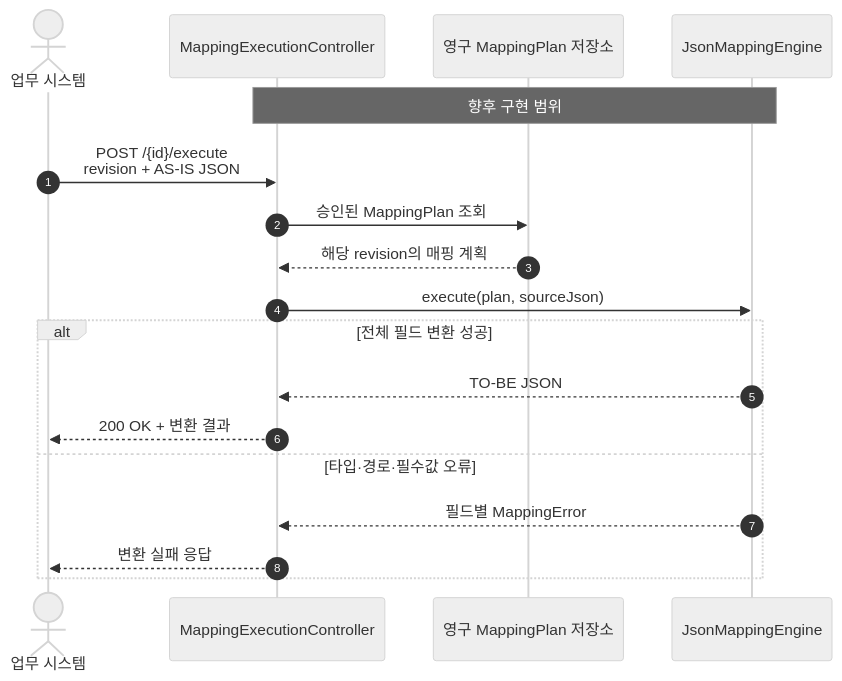
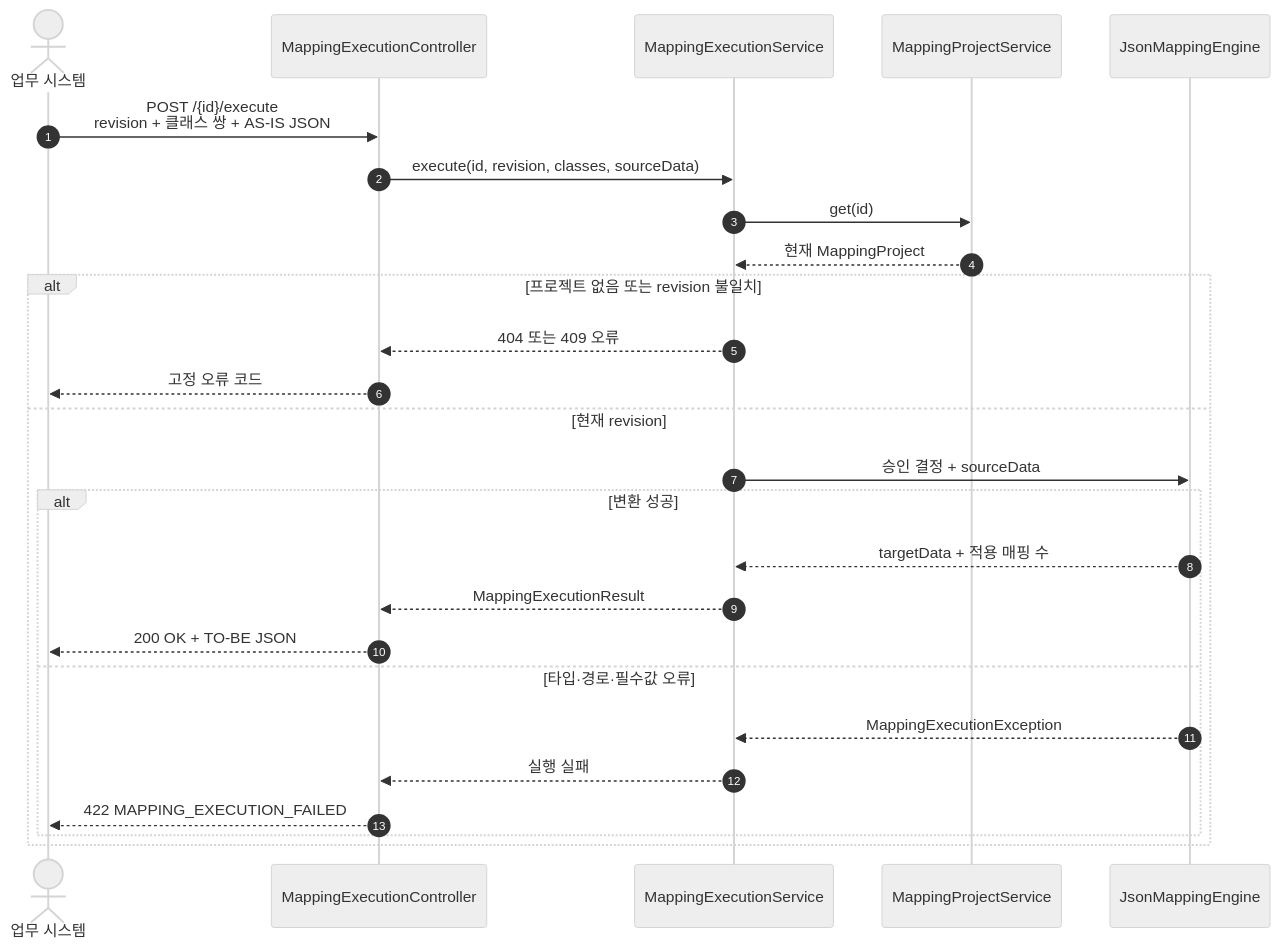
One commit to solbin23/autoMapping changed the fifth of 5 diagrams in docs/architecture/mapping-sequence.md. Above: the diagram before and after it, drawn with Mermaid (neutral theme). The commit also changed other lines of this file and 7 other files, not shown here.

````diff
--- a/docs/architecture/mapping-sequence.md
+++ b/docs/architecture/mapping-sequence.md
@@ -229,22 +229,30 @@
 ```mermaid
 sequenceDiagram
     autonumber
     actor Client as 업무 시스템
     participant API as MappingExecutionController
-    participant Store as 영구 MappingPlan 저장소
+    participant Service as MappingExecutionService
+    participant Store as MappingProjectService
     participant Engine as JsonMappingEngine
 
-    Note over API,Engine: 향후 구현 범위
-    Client->>API: POST /{id}/execute<br/>revision + AS-IS JSON
-    API->>Store: 승인된 MappingPlan 조회
-    Store-->>API: 해당 revision의 매핑 계획
-    API->>Engine: execute(plan, sourceJson)
+    Client->>API: POST /{id}/execute<br/>revision + 클래스 쌍 + AS-IS JSON
+    API->>Service: execute(id, revision, classes, sourceData)
+    Service->>Store: get(id)
+    Store-->>Service: 현재 MappingProject
 
-    alt 전체 필드 변환 성공
-        Engine-->>API: TO-BE JSON
-        API-->>Client: 200 OK + 변환 결과
-    else 타입·경로·필수값 오류
-        Engine-->>API: 필드별 MappingError
-        API-->>Client: 변환 실패 응답
+    alt 프로젝트 없음 또는 revision 불일치
+        Service-->>API: 404 또는 409 오류
+        API-->>Client: 고정 오류 코드
+    else 현재 revision
+        Service->>Engine: 승인 결정 + sourceData
+        alt 변환 성공
+            Engine-->>Service: targetData + 적용 매핑 수
+            Service-->>API: MappingExecutionResult
+            API-->>Client: 200 OK + TO-BE JSON
+        else 타입·경로·필수값 오류
+            Engine-->>Service: MappingExecutionException
+            Service-->>API: 실행 실패
+            API-->>Client: 422 MAPPING_EXECUTION_FAILED
+        end
     end
 ```
````
